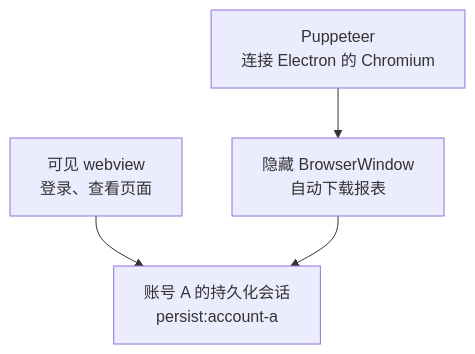
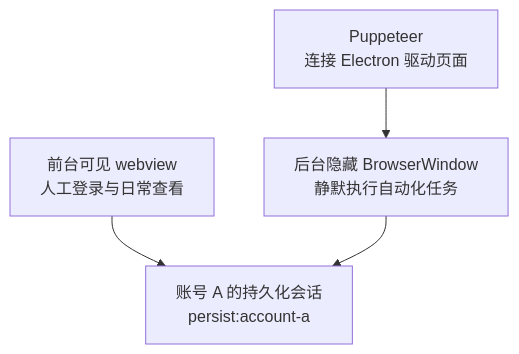
Before and after one commit to yyxTheOracle/MyBlog: the sixth of 13 diagrams in source/_posts/2025-09-14-electron-tiangong.md, drawn with Mermaid. The commit also changed other lines of this file, not shown here.

````diff
--- a/source/_posts/2025-09-14-electron-tiangong.md
+++ b/source/_posts/2025-09-14-electron-tiangong.md
@@ -380,7 +296,7 @@
 ```mermaid
 flowchart TB
     A["账号 A 的持久化会话<br/>persist:account-a"]
-    V["可见 webview<br/>登录、查看页面"] --> A
-    H["隐藏 BrowserWindow<br/>自动下载报表"] --> A
-    P["Puppeteer<br/>连接 Electron 的 Chromium"] --> H
+    V["前台可见 webview<br/>人工登录与日常查看"] --> A
+    H["后台隐藏 BrowserWindow<br/>静默执行自动化任务"] --> A
+    P["Puppeteer<br/>连接 Electron 驱动页面"] --> H
 ```
````
